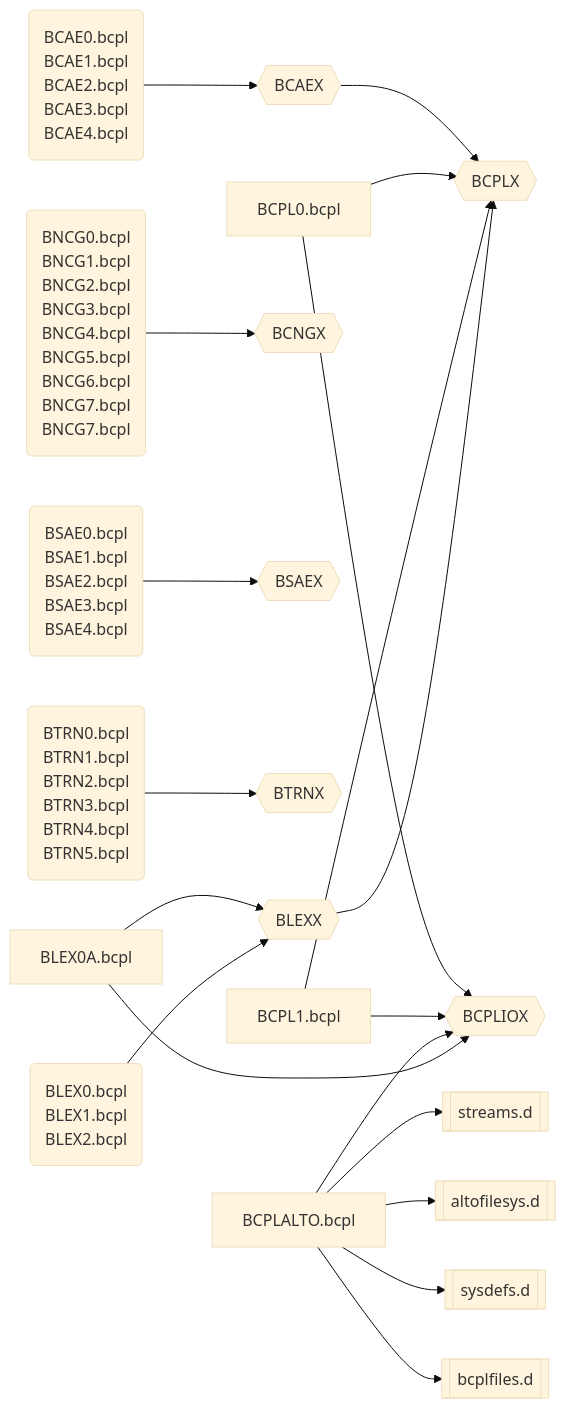
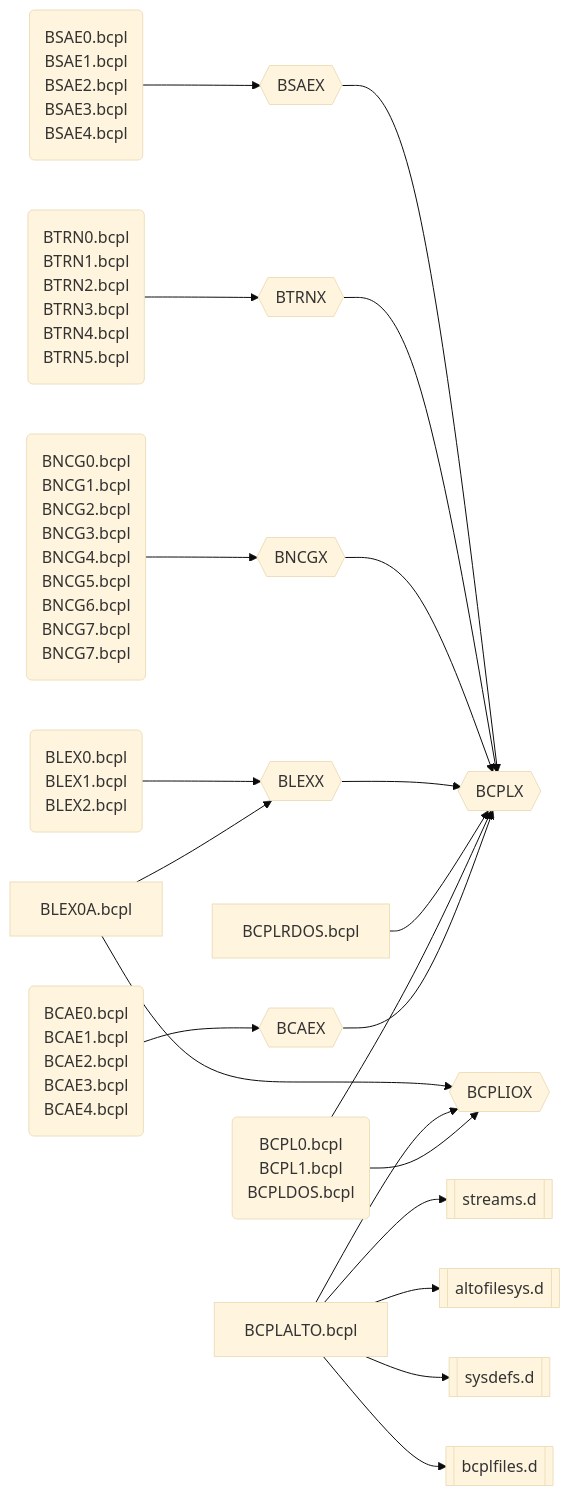
One commit to kant2002/Xerox changed the diagram in Indigo/AltoSource/BCPLSOURCES.DM!1/README.md. Above: the diagram before and after it, drawn with Mermaid (base theme).

````diff
--- a/Indigo/AltoSource/BCPLSOURCES.DM!1/README.md
+++ b/Indigo/AltoSource/BCPLSOURCES.DM!1/README.md
@@ -64,33 +64,37 @@
 ```mermaid
 flowchart LR
     BCPLX{{BCPLX}}
     BCPLIOX{{BCPLIOX}}
     BCAEX{{BCAEX}}
     BLEXX{{BLEXX}}
-    BCNGX{{BCNGX}}
+    BNCGX{{BNCGX}}
     BSAEX{{BSAEX}}
     BTRNX{{BTRNX}}
     streams.d[[streams.d]]
     altofilesys.d[[altofilesys.d]]
     sysdefs.d[[sysdefs.d]]
     bcplfiles.d[[bcplfiles.d]]
+    BCPL_(BCPL0.bcpl<br/>BCPL1.bcpl<br/>BCPLDOS.bcpl)
+
     BCAEx(BCAE0.bcpl<br/>BCAE1.bcpl<br/>BCAE2.bcpl<br/>BCAE3.bcpl<br/>BCAE4.bcpl) --> BCAEX
     BCAEX --> BCPLX
-    BCPL0.bcpl --> BCPLX
-    BCPL0.bcpl --> BCPLIOX
-    BCPL1.bcpl --> BCPLX
-    BCPL1.bcpl --> BCPLIOX
+    BCPL_ --> BCPLX
+    BCPLRDOS.bcpl --> BCPLX
+    BCPL_ --> BCPLIOX
     BCPLALTO.bcpl --> BCPLIOX
     BCPLALTO.bcpl --> streams.d
     BCPLALTO.bcpl --> altofilesys.d
     BCPLALTO.bcpl --> sysdefs.d
     BCPLALTO.bcpl --> bcplfiles.d
     BLEX0A.bcpl --> BLEXX
     BLEX0A.bcpl --> BCPLIOX
     BLEXx(BLEX0.bcpl<br/>BLEX1.bcpl<br/>BLEX2.bcpl) --> BLEXX
     BLEXX --> BCPLX
-    BNCG0(BNCG0.bcpl<br/>BNCG1.bcpl<br/>BNCG2.bcpl<br/>BNCG3.bcpl<br/>BNCG4.bcpl<br/>BNCG5.bcpl<br/>BNCG6.bcpl<br/>BNCG7.bcpl<br/>BNCG7.bcpl) --> BCNGX
-    BSAEx(BSAE0.bcpl<br/>BSAE1.bcpl<br/>BSAE2.bcpl<br/>BSAE3.bcpl<br/>BSAE4.bcpl) --> BSAEX
-    BTRNx(BTRN0.bcpl<br/>BTRN1.bcpl<br/>BTRN2.bcpl<br/>BTRN3.bcpl<br/>BTRN4.bcpl<br/>BTRN5.bcpl) --> BTRNX
+    BNCGX --> BCPLX
+    BTRNX --> BCPLX
+    BSAEX --> BCPLX
+    BNCG0(BNCG0.bcpl<br/>BNCG1.bcpl<br/>BNCG2.bcpl<br/>BNCG3.bcpl<br/>BNCG4.bcpl<br/>BNCG5.bcpl<br/>BNCG6.bcpl<br/>BNCG7.bcpl<br/>BNCG7.bcpl) --> BNCGX
+    BSAE0(BSAE0.bcpl<br/>BSAE1.bcpl<br/>BSAE2.bcpl<br/>BSAE3.bcpl<br/>BSAE4.bcpl) --> BSAEX
+    BTRN0(BTRN0.bcpl<br/>BTRN1.bcpl<br/>BTRN2.bcpl<br/>BTRN3.bcpl<br/>BTRN4.bcpl<br/>BTRN5.bcpl) --> BTRNX
 
 ```
````
